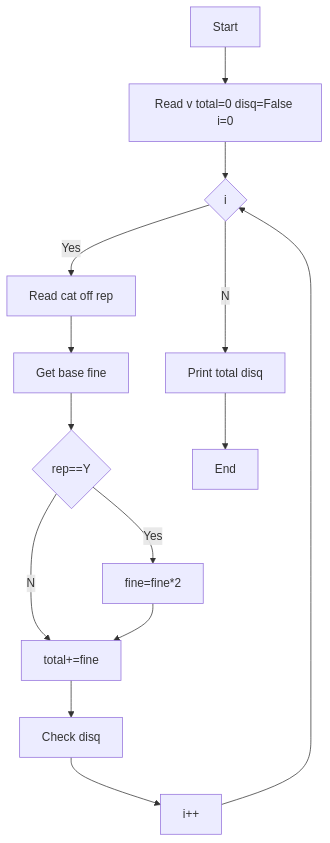
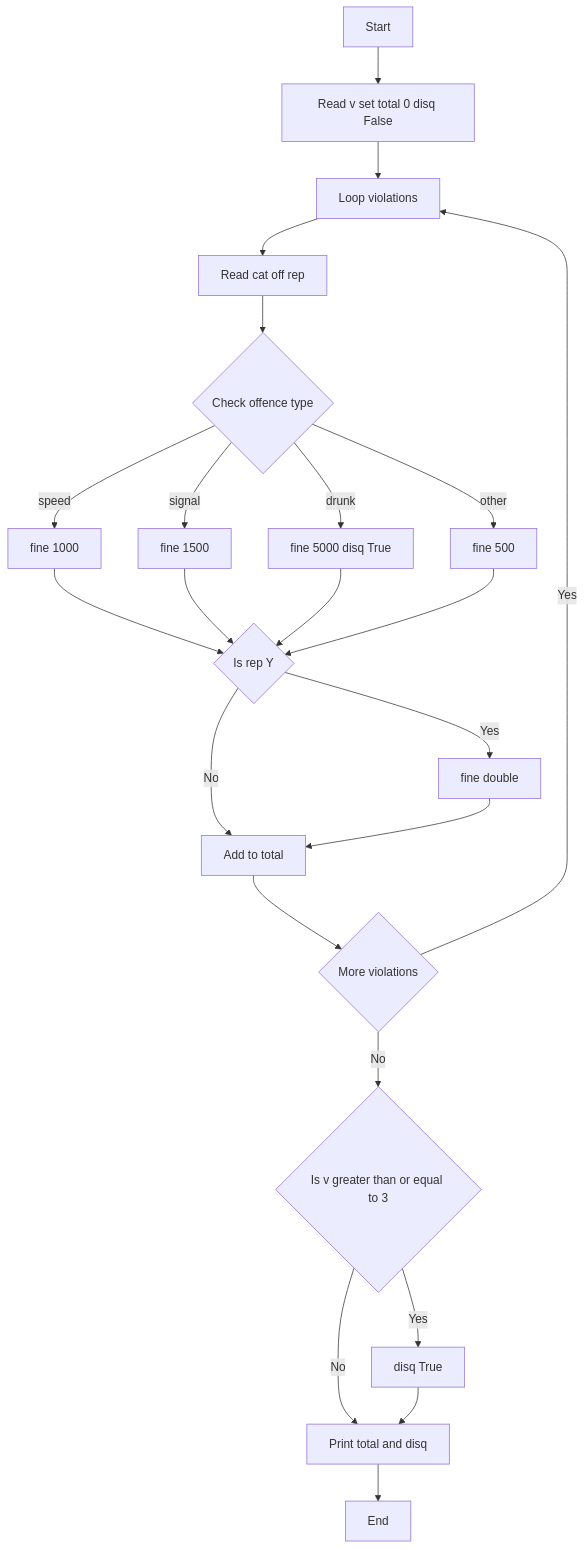
Before and after one commit to bhanusritirumala709-source/python-activity-Based-learning: the diagram in task10/code.md, drawn with Mermaid. The commit also changed other lines of this file, not shown here.

````diff
--- a/task10/code.md
+++ b/task10/code.md
@@ -6,16 +30,25 @@
 ```mermaid
 flowchart TD
-    A[Start]-->B[Read v total=0 disq=False i=0]
-    B-->C{i<v}
-    C--Yes-->D[Read cat off rep]
-    D-->E[Get base fine]
-    E-->F{rep==Y}
-    F--Yes-->G[fine=fine*2]
-    F--No-->H[total+=fine]
-    G-->H
-    H-->I[Check disq]
-    I-->J[i++]
-    J-->C
-    C--No-->K[Print total disq]
-    K-->L[End]
+    A[Start] --> B[Read v set total 0 disq False]
+    B --> C[Loop violations]
+    C --> D[Read cat off rep]
+    D --> E{Check offence type}
+    E -- speed --> F[fine 1000]
+    E -- signal --> G[fine 1500]
+    E -- drunk --> H[fine 5000 disq True]
+    E -- other --> I[fine 500]
+    F --> J{Is rep Y}
+    G --> J
+    H --> J
+    I --> J
+    J -- Yes --> K[fine double]
+    J -- No --> L[Add to total]
+    K --> L
+    L --> M{More violations}
+    M -- Yes --> C
+    M -- No --> N{Is v greater than or equal to 3}
+    N -- Yes --> O[disq True]
+    N -- No --> P[Print total and disq]
+    O --> P
+    P --> Q[End]
 ```
````
